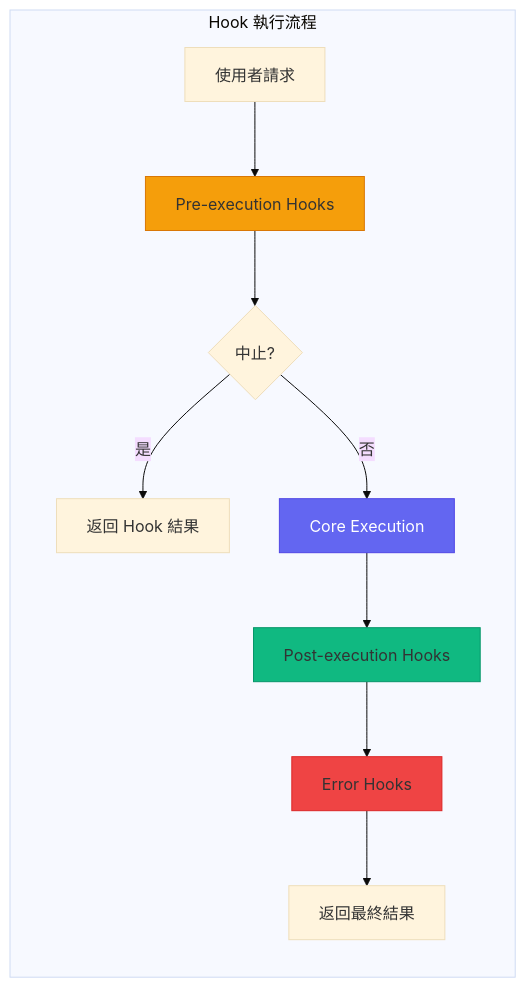
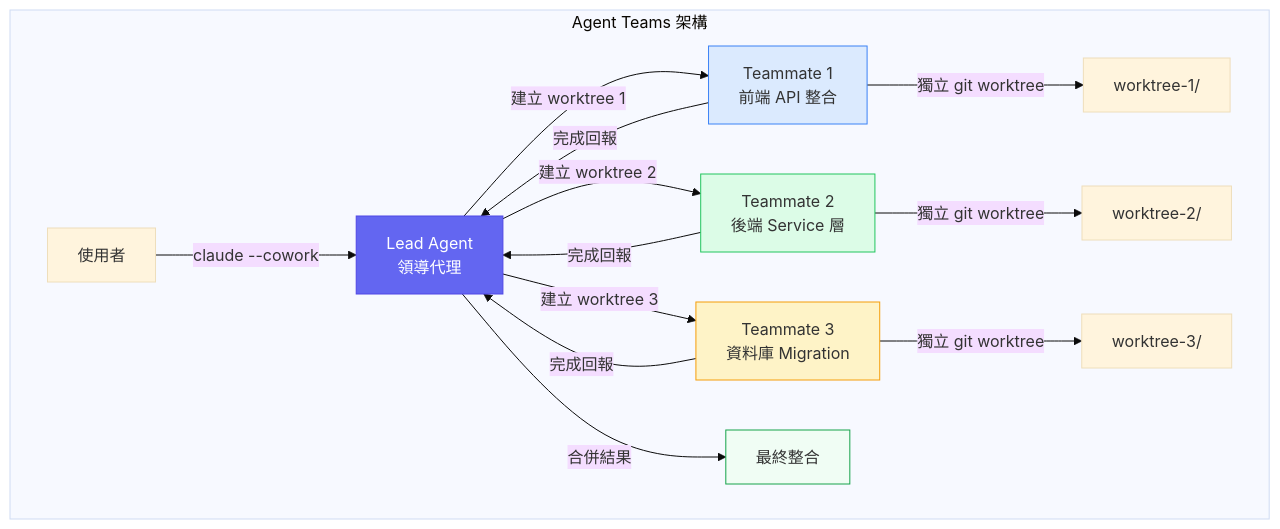
Before and after one commit to chihhung/Blog: diagram 14 of 57 in content/posts/教學/AI開發/Claude Code生態圈教學手冊.md, drawn with Mermaid (base theme). The commit also changed other lines of this file and 3 other files, not shown here.

````diff
--- a/content/posts/教學/AI開發/Claude Code生態圈教學手冊.md
+++ b/content/posts/教學/AI開發/Claude Code生態圈教學手冊.md
@@ -4205,17 +1857,26 @@
 ```mermaid
-graph LR
-    subgraph "Hook 執行流程"
-        A[使用者請求] --> B[Pre-execution Hooks]
-        B --> C{中止?}
-        C -->|是| D[返回 Hook 結果]
-        C -->|否| E[Core Execution]
-        E --> F[Post-execution Hooks]
-        F --> G[Error Hooks]
-        G --> H[返回最終結果]
+graph TB
+    subgraph "Agent Teams 架構"
+        U[使用者] -->|claude --cowork| LA[Lead Agent<br>領導代理]
+        
+        LA -->|建立 worktree 1| T1[Teammate 1<br>前端 API 整合]
+        LA -->|建立 worktree 2| T2[Teammate 2<br>後端 Service 層]
+        LA -->|建立 worktree 3| T3[Teammate 3<br>資料庫 Migration]
+        
+        T1 -->|獨立 git worktree| W1[worktree-1/]
+        T2 -->|獨立 git worktree| W2[worktree-2/]
+        T3 -->|獨立 git worktree| W3[worktree-3/]
+        
+        T1 -->|完成回報| LA
+        T2 -->|完成回報| LA
+        T3 -->|完成回報| LA
+        
+        LA -->|合併結果| R[最終整合]
     end
     
-    style B fill:#f59e0b,stroke:#d97706
-    style F fill:#10b981,stroke:#059669
-    style G fill:#ef4444,stroke:#dc2626
-    style E fill:#6366f1,stroke:#4f46e5,color:#fff
+    style LA fill:#6366f1,stroke:#4f46e5,color:#fff
+    style T1 fill:#dbeafe,stroke:#3b82f6
+    style T2 fill:#dcfce7,stroke:#22c55e
+    style T3 fill:#fef3c7,stroke:#f59e0b
+    style R fill:#f0fdf4,stroke:#16a34a
 ```
````
